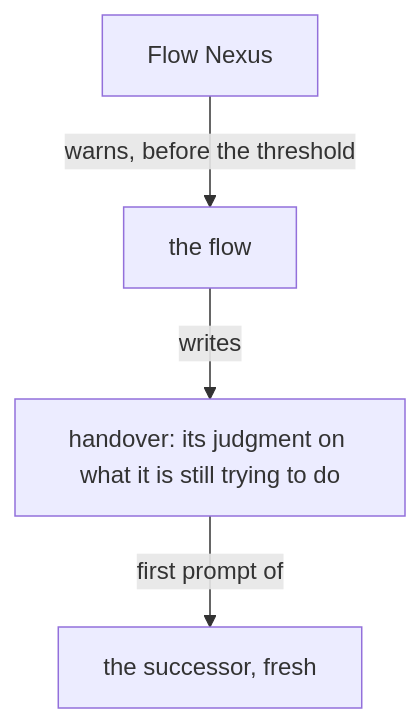
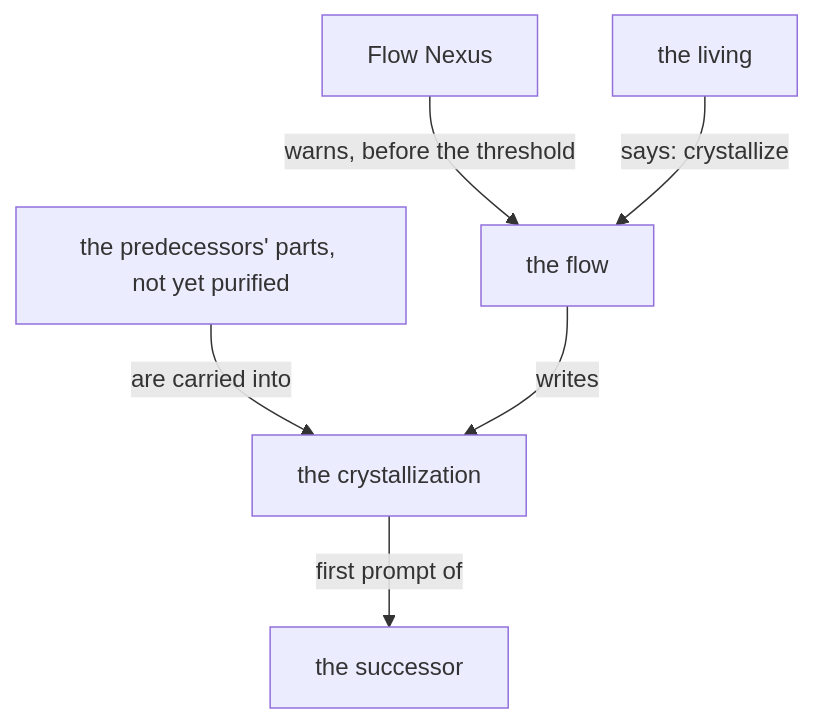
Before and after one commit to LiGoldragon/psyche-belief: the second of 2 diagrams in vision/remembering/0.md, drawn with Mermaid. The commit also changed other lines of this file and 4 other files, not shown here.

First line of the commit message:
Land: The handover becomes a crystallization, Proposals 1 3 4 5 7 8 (approved by the living, Fable digx)

````diff
--- a/vision/remembering/0.md
+++ b/vision/remembering/0.md
@@ -28,6 +28,8 @@
 ```mermaid
 flowchart TB
     n["Flow Nexus"] -- "warns, before the threshold" --> f["the flow"]
-    f -- "writes" --> h["handover: its judgment on what it is still trying to do"]
-    h -- "first prompt of" --> s["the successor, fresh"]
+    l["the living"] -- "says: crystallize" --> f
+    p["the predecessors' parts, not yet purified"] -- "are carried into" --> c["the crystallization"]
+    f -- "writes" --> c
+    c -- "first prompt of" --> s["the successor"]
 ```
````
